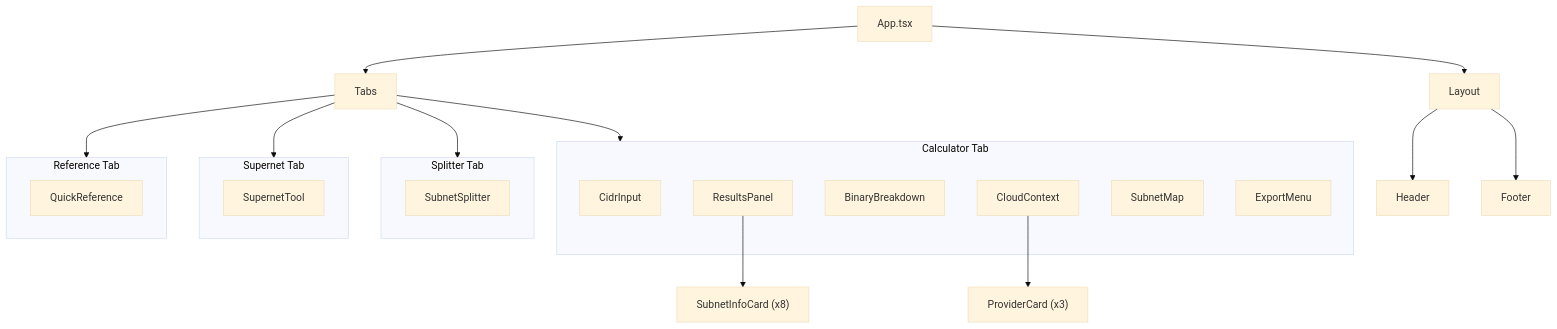
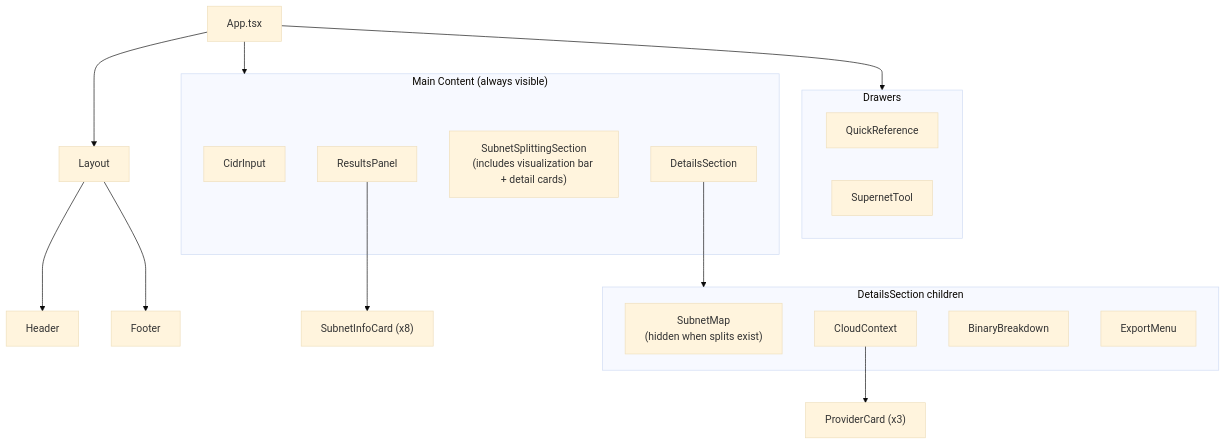
One commit to russmckendrick/subnet changed the fourth of 4 diagrams in docs/architecture.md. Above: the diagram before and after it, drawn with Mermaid (base theme). The commit also changed 5 other files, not shown here.

````diff
--- a/docs/architecture.md
+++ b/docs/architecture.md
@@ -100,42 +100,37 @@
 ```mermaid
 flowchart TD
     App["App.tsx"]
     Layout["Layout"]
     Header["Header"]
     Footer["Footer"]
-    Tabs["Tabs"]
 
     App --> Layout
     Layout --> Header
     Layout --> Footer
-    App --> Tabs
 
-    subgraph CalculatorTab["Calculator Tab"]
+    subgraph MainContent["Main Content (always visible)"]
         CidrInput["CidrInput"]
         ResultsPanel["ResultsPanel"]
+        SubnetSplitting["SubnetSplittingSection<br/>(includes visualization bar + detail cards)"]
+        DetailsSection["DetailsSection"]
+    end
+
+    subgraph DetailsSub["DetailsSection children"]
+        SubnetMap["SubnetMap<br/>(hidden when splits exist)"]
+        CloudContext["CloudContext"]
         BinaryBreakdown["BinaryBreakdown"]
-        CloudContext["CloudContext"]
-        SubnetMap["SubnetMap"]
         ExportMenu["ExportMenu"]
     end
 
-    subgraph SplitterTab["Splitter Tab"]
-        SubnetSplitter["SubnetSplitter"]
-    end
-
-    subgraph SupernetTab["Supernet Tab"]
+    subgraph Drawers["Drawers"]
+        QuickReference["QuickReference"]
         SupernetTool["SupernetTool"]
     end
 
-    subgraph ReferenceTab["Reference Tab"]
-        QuickReference["QuickReference"]
-    end
-
-    Tabs --> CalculatorTab
-    Tabs --> SplitterTab
-    Tabs --> SupernetTab
-    Tabs --> ReferenceTab
+    App --> MainContent
+    App --> Drawers
+    DetailsSection --> DetailsSub
 
     CloudContext --> ProviderCard["ProviderCard (x3)"]
     ResultsPanel --> SubnetInfoCard["SubnetInfoCard (x8)"]
 ```
````
